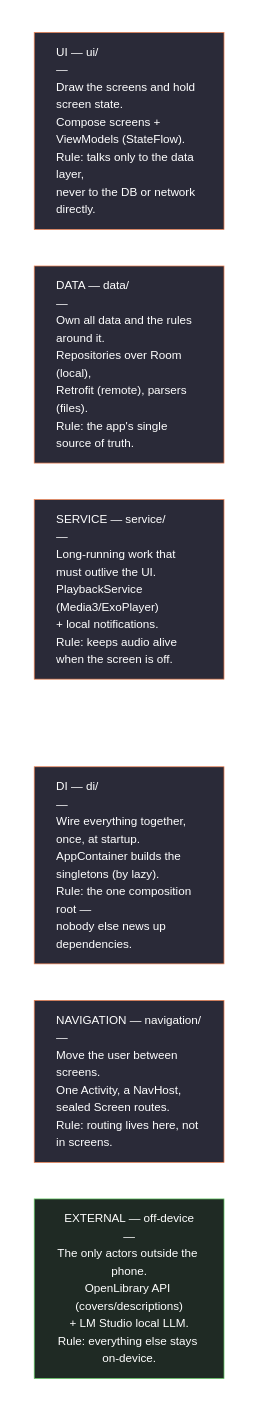
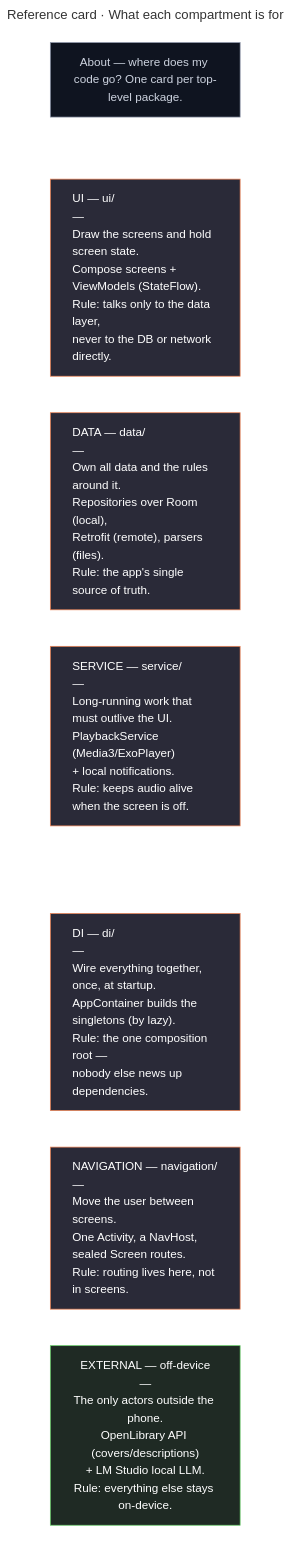
The second of 9 diagrams in Final Submission Project/ARCHITECTURE.md (DICEsda/Mobile-Application-Development-COURSE), drawn with Mermaid before and after one commit. The commit also changed other lines of this file and 9 other files, not shown here.

First line of the commit message:
docs: add in-image titles (graph type) and an About card to each diagram

````diff
--- a/Final Submission Project/ARCHITECTURE.md
+++ b/Final Submission Project/ARCHITECTURE.md
@@ -93,23 +99,29 @@
 ```mermaid
+---
+title: "Reference card · What each compartment is for"
+---
 flowchart TB
+    classDef about fill:#0f1420,stroke:#8a93a6,color:#cdd3df
+    CARD["About — where does my code go? One card per top-level package."]:::about
+    CARD ~~~ row1
     subgraph row1[" "]
         direction LR
         UI["UI — ui/<br/>—<br/>Draw the screens and hold screen state.<br/>Compose screens + ViewModels (StateFlow).<br/>Rule: talks only to the data layer,<br/>never to the DB or network directly."]
         DATA["DATA — data/<br/>—<br/>Own all data and the rules around it.<br/>Repositories over Room (local),<br/>Retrofit (remote), parsers (files).<br/>Rule: the app's single source of truth."]
         SERVICE["SERVICE — service/<br/>—<br/>Long-running work that must outlive the UI.<br/>PlaybackService (Media3/ExoPlayer)<br/>+ local notifications.<br/>Rule: keeps audio alive when the screen is off."]
     end
     subgraph row2[" "]
         direction LR
         DI["DI — di/<br/>—<br/>Wire everything together, once, at startup.<br/>AppContainer builds the singletons (by lazy).<br/>Rule: the one composition root —<br/>nobody else news up dependencies."]
         NAV["NAVIGATION — navigation/<br/>—<br/>Move the user between screens.<br/>One Activity, a NavHost, sealed Screen routes.<br/>Rule: routing lives here, not in screens."]
         EXT["EXTERNAL — off-device<br/>—<br/>The only actors outside the phone.<br/>OpenLibrary API (covers/descriptions)<br/>+ LM Studio local LLM.<br/>Rule: everything else stays on-device."]
     end
     row1 ~~~ row2
 
     classDef card fill:#2a2a38,stroke:#ef8354,color:#fff,text-align:left
     classDef ext fill:#1f2a24,stroke:#6c6,color:#fff
     classDef wrap fill:none,stroke:none
     class UI,DATA,SERVICE,DI,NAV card
     class EXT ext
     class row1,row2 wrap
 ```
````
